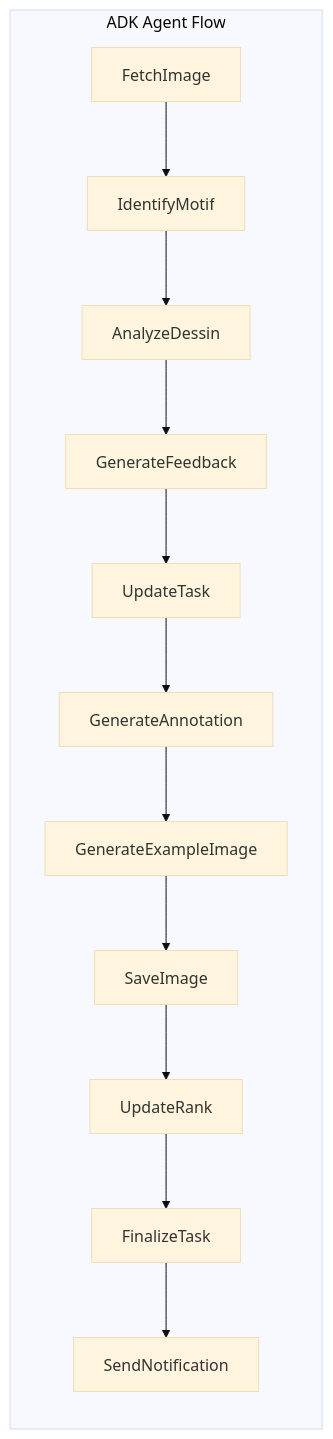
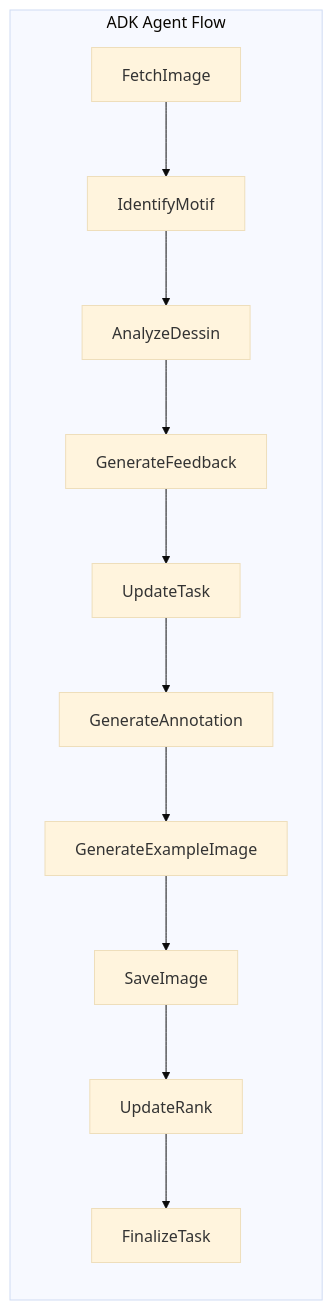
One commit to nuance-sudo/drawing-practice-agent-gch4 changed the fourth of 6 diagrams in docs/functional-design.md. Above: the diagram before and after it, drawn with Mermaid (base theme). The commit also changed other lines of this file and 10 other files, not shown here.

````diff
--- a/docs/functional-design.md
+++ b/docs/functional-design.md
@@ -309,15 +343,14 @@
 ```mermaid
 flowchart LR
     subgraph Agent["ADK Agent Flow"]
         A[FetchImage] --> B[IdentifyMotif]
         B --> C[AnalyzeDessin]
         C --> D[GenerateFeedback]
         D --> E[UpdateTask]
         E --> F[GenerateAnnotation]
         F --> G[GenerateExampleImage]
         G --> H[SaveImage]
         H --> I[UpdateRank]
         I --> J[FinalizeTask]
-        J --> K[SendNotification]
     end
 ```
````
